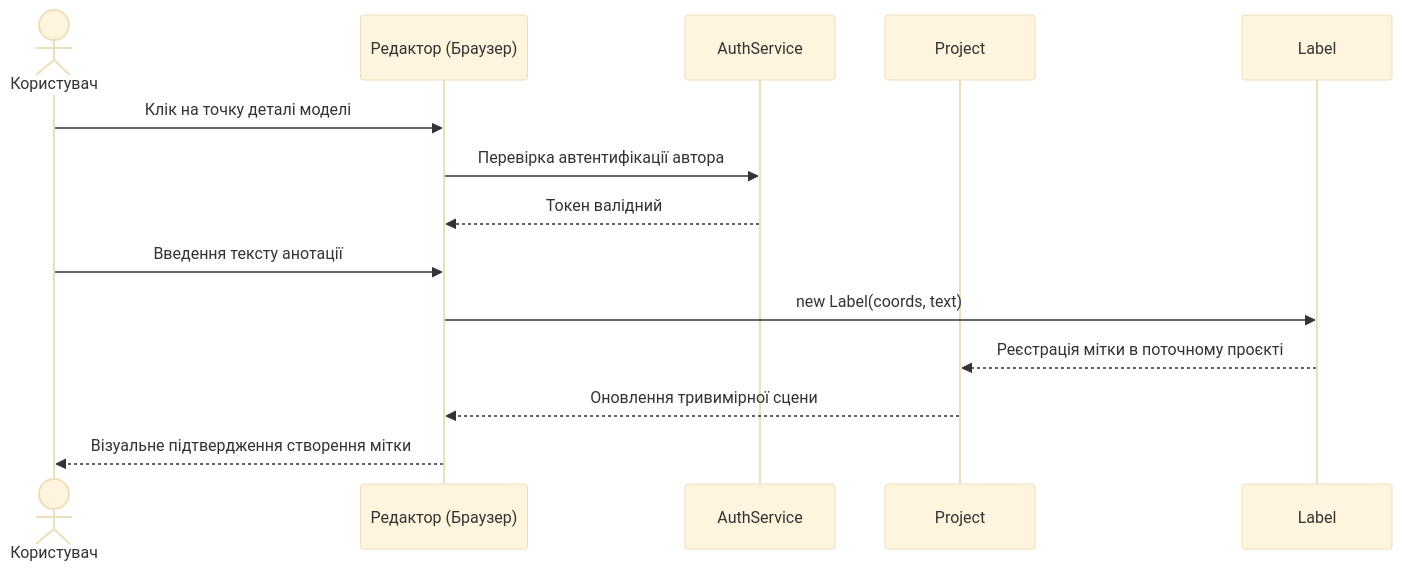
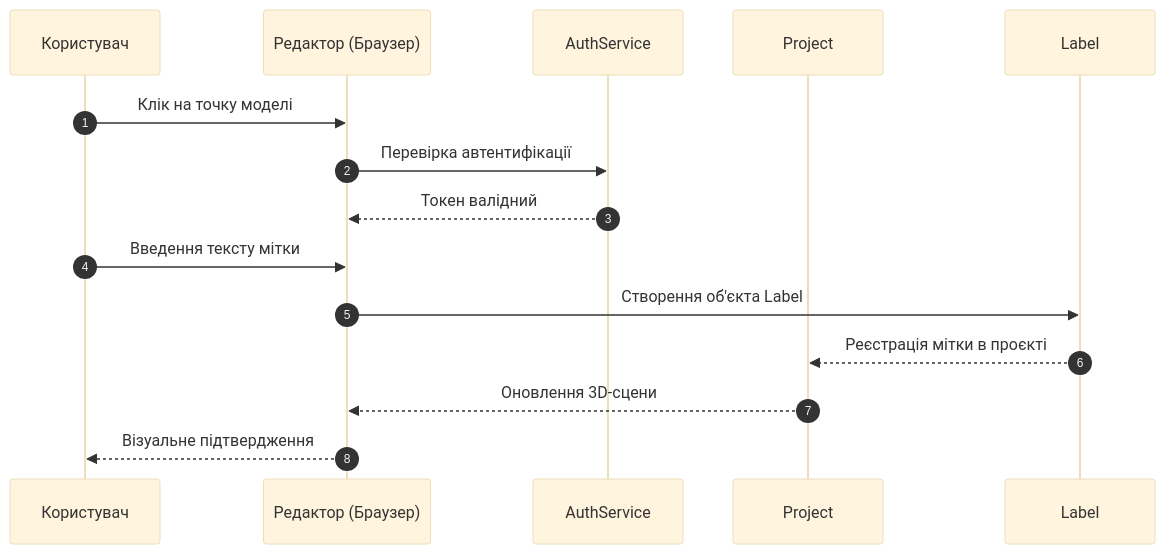
One commit to tyutyunnikvira-rgb/bse-lr1-tiutiunnyk changed the third of 3 diagrams in lab2/README.md. Above: the diagram before and after it, drawn with Mermaid (base theme). The commit also changed other lines of this file, not shown here.

Commit message:
style: покращено вигляд та охайність діаграм UML

````diff
--- a/lab2/README.md
+++ b/lab2/README.md
@@ -88,17 +78,18 @@
 ```mermaid
 sequenceDiagram
-    actor U as Користувач
+    autonumber
+    participant U as Користувач
     participant UI as Редактор (Браузер)
     participant S as AuthService
     participant P as Project
     participant L as Label
 
-    U->>UI: Клік на точку деталі моделі
-    UI->>S: Перевірка автентифікації автора
+    U->>UI: Клік на точку моделі
+    UI->>S: Перевірка автентифікації
     S-->>UI: Токен валідний
-    U->>UI: Введення тексту анотації
-    UI->>L: new Label(coords, text)
-    L-->>P: Реєстрація мітки в поточному проєкті
-    P-->>UI: Оновлення тривимірної сцени
-    UI-->>U: Візуальне підтвердження створення мітки
+    U->>UI: Введення тексту мітки
+    UI->>L: Створення об'єкта Label
+    L-->>P: Реєстрація мітки в проєкті
+    P-->>UI: Оновлення 3D-сцени
+    UI-->>U: Візуальне підтвердження
 ```
````
